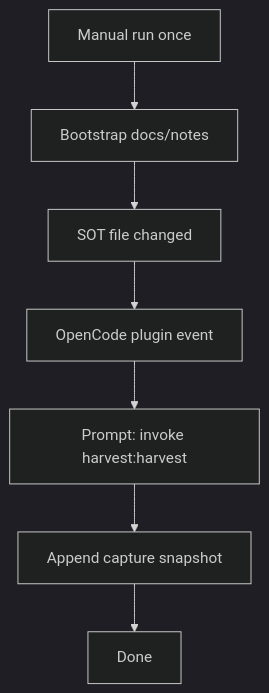
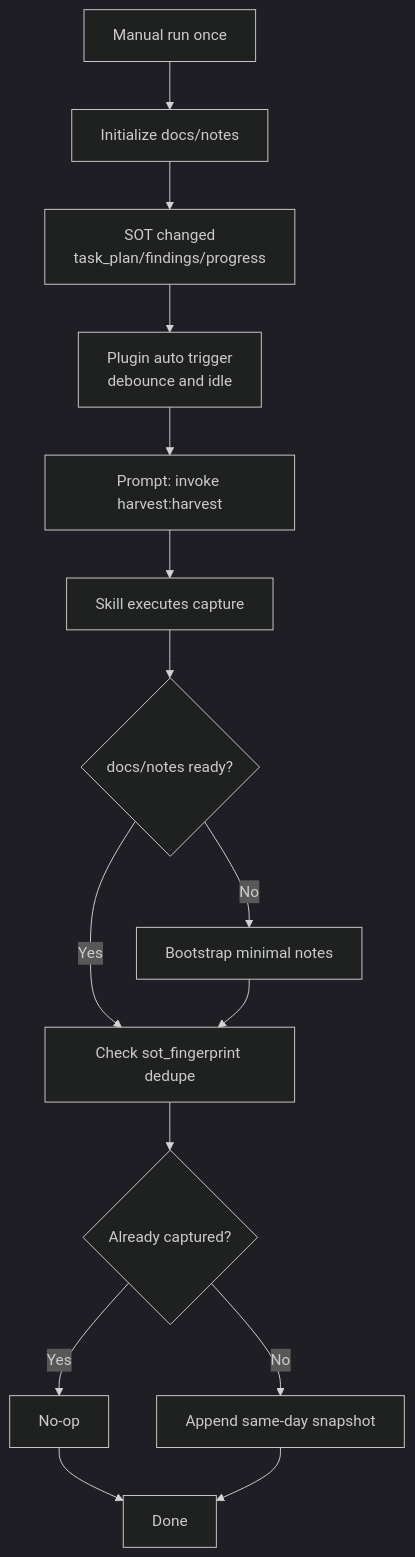
The diagram in skills/harvest/README.md (shihyuho/skills), drawn with Mermaid (dark theme) before and after one commit. The commit also changed 1 other file, not shown here.

Commit message:
docs(harvest): expand plugin flowchart coverage

````diff
--- a/skills/harvest/README.md
+++ b/skills/harvest/README.md
@@ -109,9 +109,17 @@
 ```mermaid
 flowchart TD
-  A[Manual run once] --> B[Bootstrap docs/notes]
-  B --> C[SOT file changed]
-  C --> D[OpenCode plugin event]
+  A[Manual run once] --> B[Initialize docs/notes]
+  B --> C[SOT changed\ntask_plan/findings/progress]
+  C --> D[Plugin auto trigger\ndebounce and idle]
   D --> E[Prompt: invoke harvest:harvest]
-  E --> F[Append capture snapshot]
-  F --> G[Done]
+  E --> F[Skill executes capture]
+  F --> G{docs/notes ready?}
+  G -->|No| H[Bootstrap minimal notes]
+  G -->|Yes| I[Check sot_fingerprint dedupe]
+  H --> I
+  I --> J{Already captured?}
+  J -->|Yes| K[No-op]
+  J -->|No| L[Append same-day snapshot]
+  K --> M[Done]
+  L --> M
 ```
````
